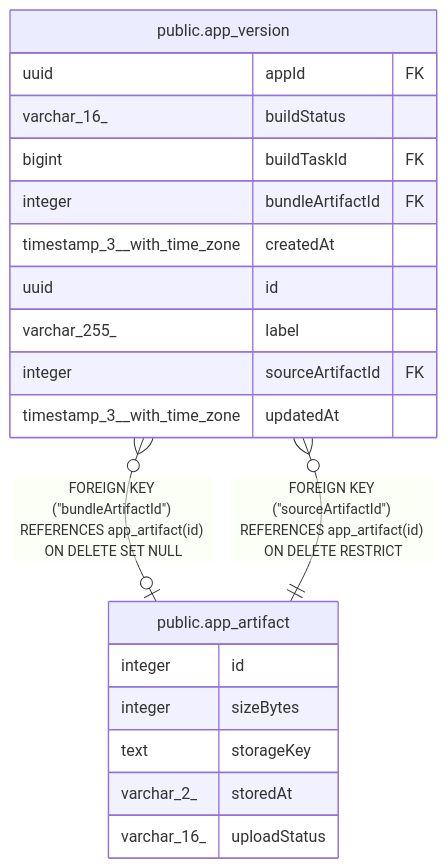
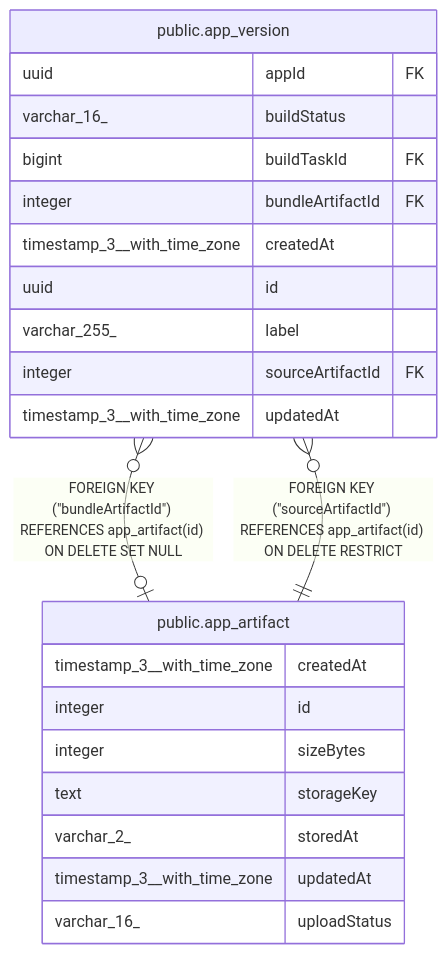
Before and after one commit to ATAC-tounde/n8n-private: the diagram in docs/generated/postgres-schema/public.app_artifact.md, drawn with Mermaid. The commit also changed other lines of this file and 7 other files, not shown here.

````diff
--- a/docs/generated/postgres-schema/public.app_artifact.md
+++ b/docs/generated/postgres-schema/public.app_artifact.md
@@ -34,25 +38,27 @@
 ```mermaid
 erDiagram
 
 "public.app_version" }o--o| "public.app_artifact" : "FOREIGN KEY (#quot;bundleArtifactId#quot;) REFERENCES app_artifact(id) ON DELETE SET NULL"
 "public.app_version" }o--|| "public.app_artifact" : "FOREIGN KEY (#quot;sourceArtifactId#quot;) REFERENCES app_artifact(id) ON DELETE RESTRICT"
 
 "public.app_artifact" {
+  timestamp_3__with_time_zone createdAt
   integer id
   integer sizeBytes
   text storageKey
   varchar_2_ storedAt
+  timestamp_3__with_time_zone updatedAt
   varchar_16_ uploadStatus
 }
 "public.app_version" {
   uuid appId FK
   varchar_16_ buildStatus
   bigint buildTaskId FK
   integer bundleArtifactId FK
   timestamp_3__with_time_zone createdAt
   uuid id
   varchar_255_ label
   integer sourceArtifactId FK
   timestamp_3__with_time_zone updatedAt
 }
 ```
````
